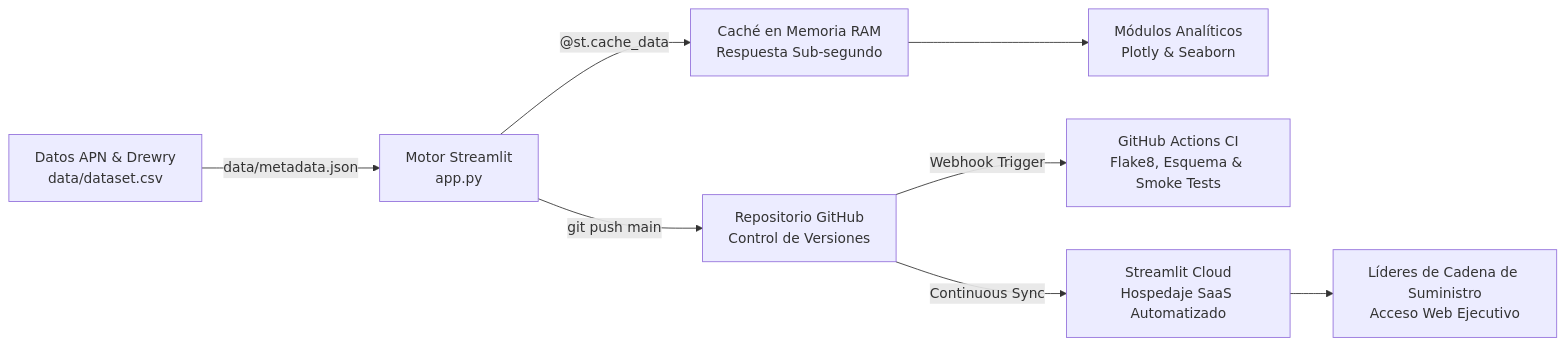
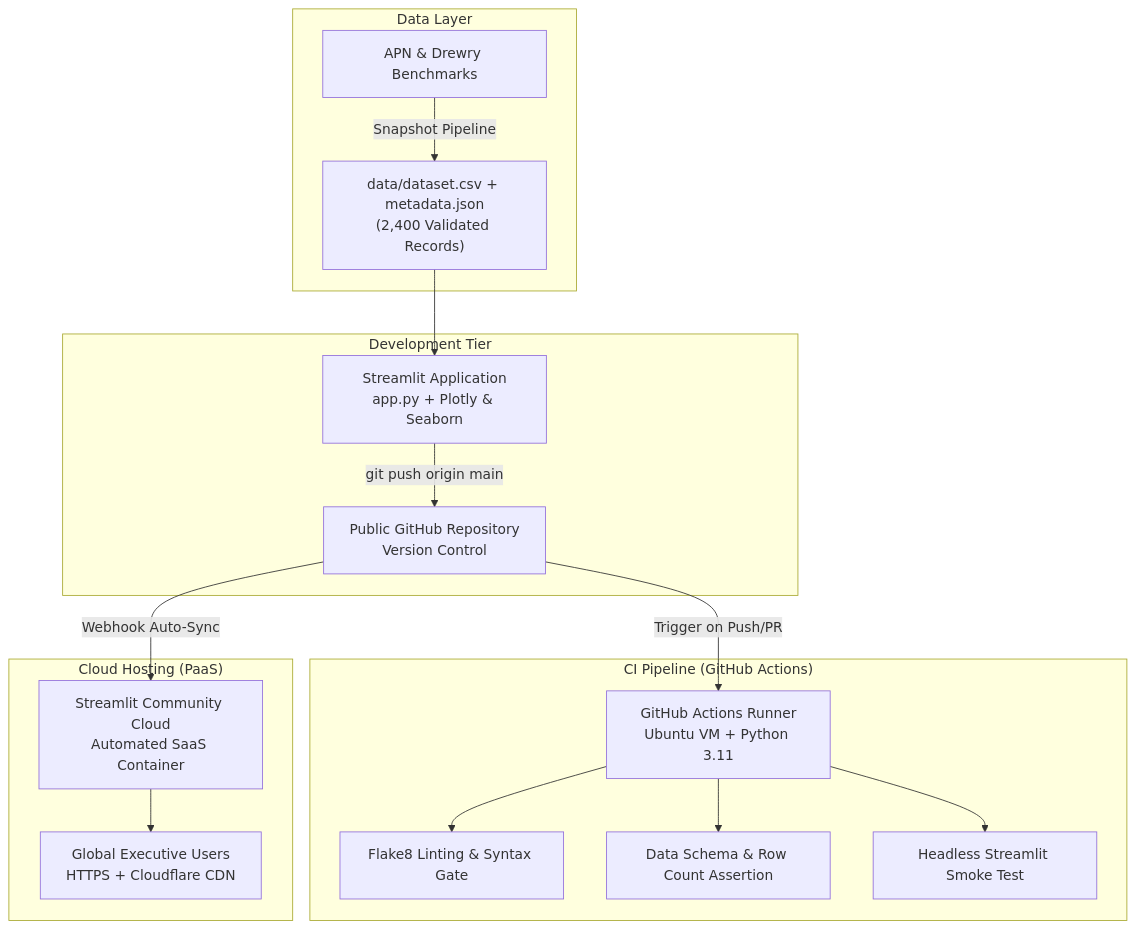
Before and after one commit to FabrizioPerezPeralta/Chancay-vs.-Callao-Interactive-Maritime-Logistics-Explorer-with-Python-Streamlit-Plotly: the diagram in ARTICLE_DEV_TO.md, drawn with Mermaid. The commit also changed other lines of this file and 2 other files, not shown here.

````diff
--- a/ARTICLE_DEV_TO.md
+++ b/ARTICLE_DEV_TO.md
@@ -63,10 +155,23 @@
 ```mermaid
-flowchart LR
-    A["Datos APN & Drewry<br/>data/dataset.csv"] -->|"data/metadata.json"| B["Motor Streamlit<br/>app.py"]
-    B -->|"@st.cache_data"| C["Caché en Memoria RAM<br/>Respuesta Sub-segundo"]
-    C --> D["Módulos Analíticos<br/>Plotly & Seaborn"]
-    B -->|"git push main"| E["Repositorio GitHub<br/>Control de Versiones"]
-    E -->|"Webhook Trigger"| F["GitHub Actions CI<br/>Flake8, Esquema & Smoke Tests"]
-    E -->|"Continuous Sync"| G["Streamlit Cloud<br/>Hospedaje SaaS Automatizado"]
-    G --> H["Líderes de Cadena de Suministro<br/>Acceso Web Ejecutivo"]
+flowchart TD
+    subgraph Data_Layer["Data Layer"]
+        A["APN & Drewry Benchmarks"] -->|Snapshot Pipeline| B["data/dataset.csv + metadata.json<br/>(2,400 Validated Records)"]
+    end
+
+    subgraph Development["Development Tier"]
+        B --> C["Streamlit Application<br/>app.py + Plotly & Seaborn"]
+        C -->|"git push origin main"| D["Public GitHub Repository<br/>Version Control"]
+    end
+
+    subgraph CI_Pipeline["CI Pipeline (GitHub Actions)"]
+        D -->|"Trigger on Push/PR"| E["GitHub Actions Runner<br/>Ubuntu VM + Python 3.11"]
+        E --> F["Flake8 Linting & Syntax Gate"]
+        E --> G["Data Schema & Row Count Assertion"]
+        E --> H["Headless Streamlit Smoke Test"]
+    end
+
+    subgraph Cloud_Hosting["Cloud Hosting (PaaS)"]
+        D -->|"Webhook Auto-Sync"| I["Streamlit Community Cloud<br/>Automated SaaS Container"]
+        I --> J["Global Executive Users<br/>HTTPS + Cloudflare CDN"]
+    end
 ```
````
